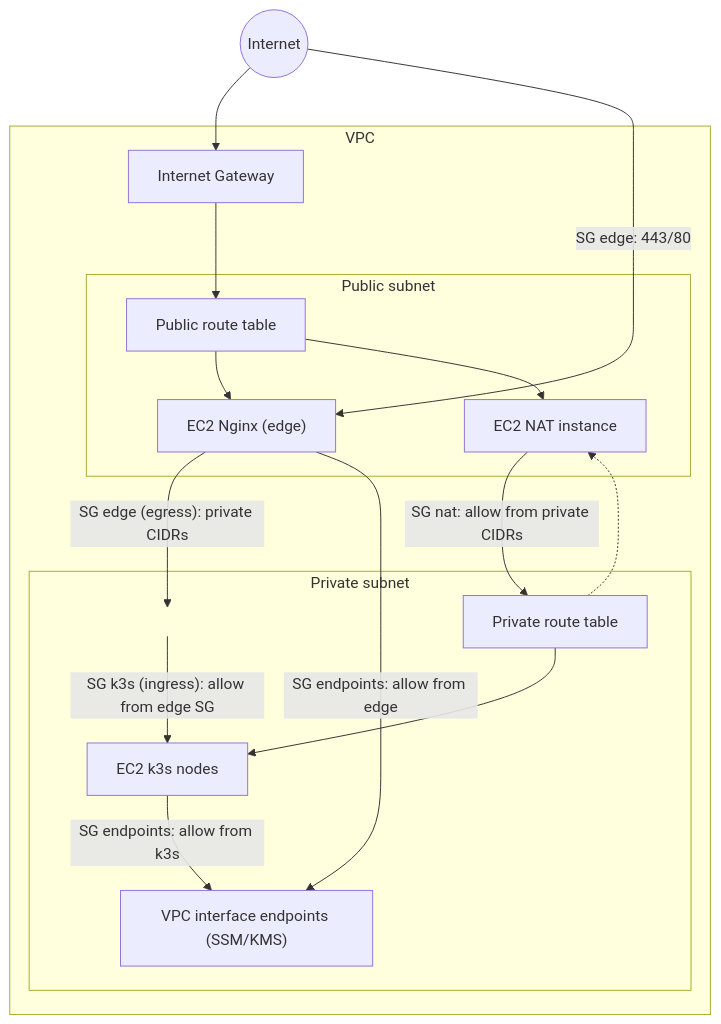
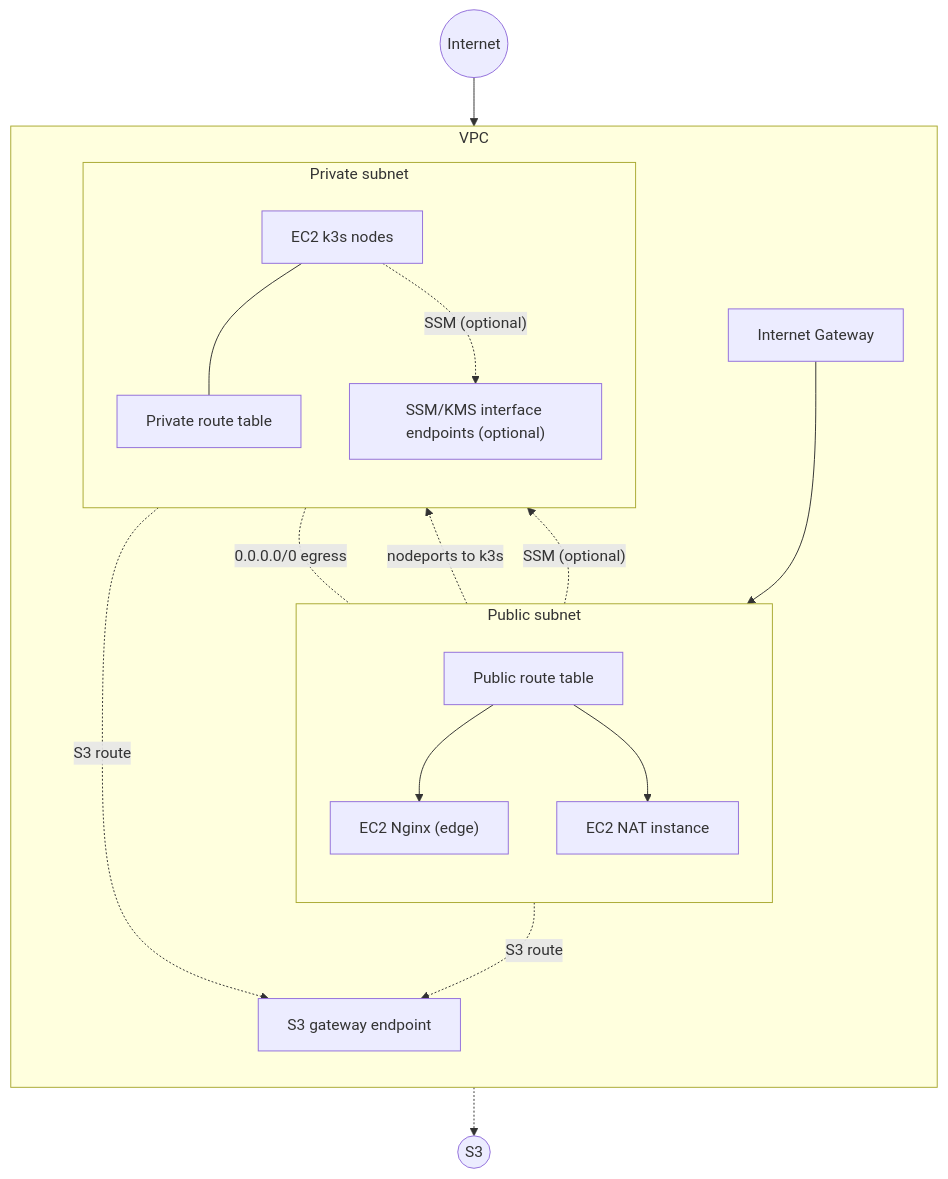
One commit to ClementV78/CloudRadar changed the second of 3 diagrams in docs/architecture/infrastructure.md. Above: the diagram before and after it, drawn with Mermaid. The commit also changed other lines of this file and 7 other files, not shown here.

First line of the commit message:
docs(architecture): add infra diagrams and runbook references

````diff
--- a/docs/architecture/infrastructure.md
+++ b/docs/architecture/infrastructure.md
@@ -33,37 +67,40 @@
 ```mermaid
 flowchart TB
   internet((Internet))
+  s3((S3))
 
   subgraph VPC["VPC"]
+    direction TB
     igw["Internet Gateway"]
 
     subgraph Public["Public subnet"]
+      direction TB
       publicRT["Public route table"]
       edge["EC2 Nginx (edge)"]
       nat["EC2 NAT instance"]
     end
 
     subgraph Private["Private subnet"]
+      direction TB
+      k3s["EC2 k3s nodes"]
       privateRT["Private route table"]
-      k3s["EC2 k3s nodes"]
-      ssmEndpoints["VPC interface endpoints (SSM/KMS)"]
-      edgeToK3s[" "]
+      ssmEndpoints["SSM/KMS interface endpoints (optional)"]
     end
+
+    s3Gateway["S3 gateway endpoint"]
   end
 
   internet --> igw
   igw --> publicRT
   publicRT --> edge
   publicRT --> nat
-  privateRT --> k3s
-  privateRT -.-> nat
+  edge -. "nodeports to k3s" .-> k3s
+  k3s --- privateRT
+  privateRT -.-|0.0.0.0/0 egress| nat
+  publicRT -. "S3 route" .-> s3Gateway
+  privateRT -. "S3 route" .-> s3Gateway
+  s3Gateway -.-> s3
 
-  internet -- "SG edge: 443/80" --> edge
-  edge -- "SG edge (egress): private CIDRs" --> edgeToK3s
-  edgeToK3s -- "SG k3s (ingress): allow from edge SG" --> k3s
-  edge -- "SG endpoints: allow from edge" --> ssmEndpoints
-  k3s -- "SG endpoints: allow from k3s" --> ssmEndpoints
-  nat -- "SG nat: allow from private CIDRs" --> privateRT
-
-  style edgeToK3s fill:transparent,stroke:transparent,stroke-width:0px;
+  edge -. "SSM (optional)" .-> ssmEndpoints
+  k3s -. "SSM (optional)" .-> ssmEndpoints
 ```
````
